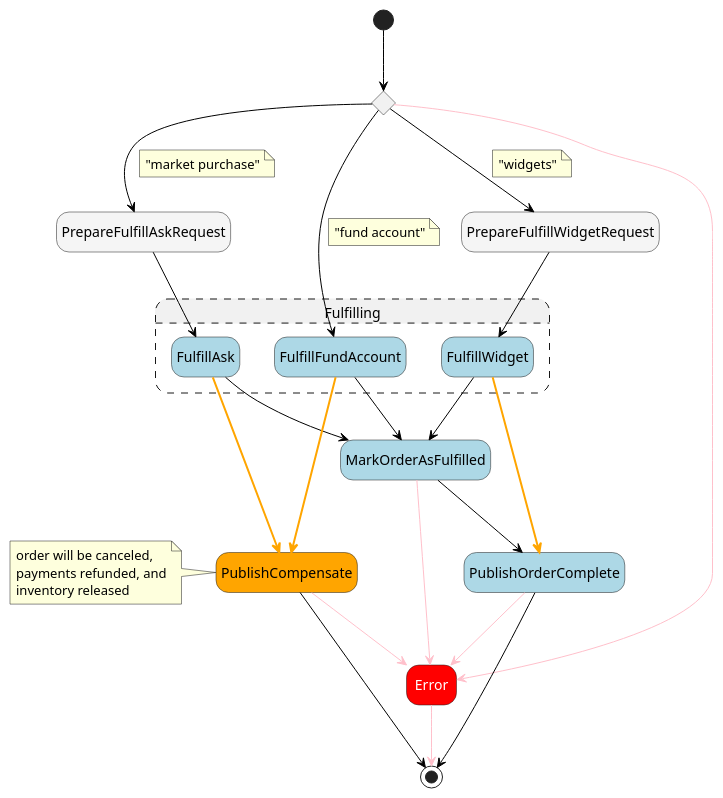
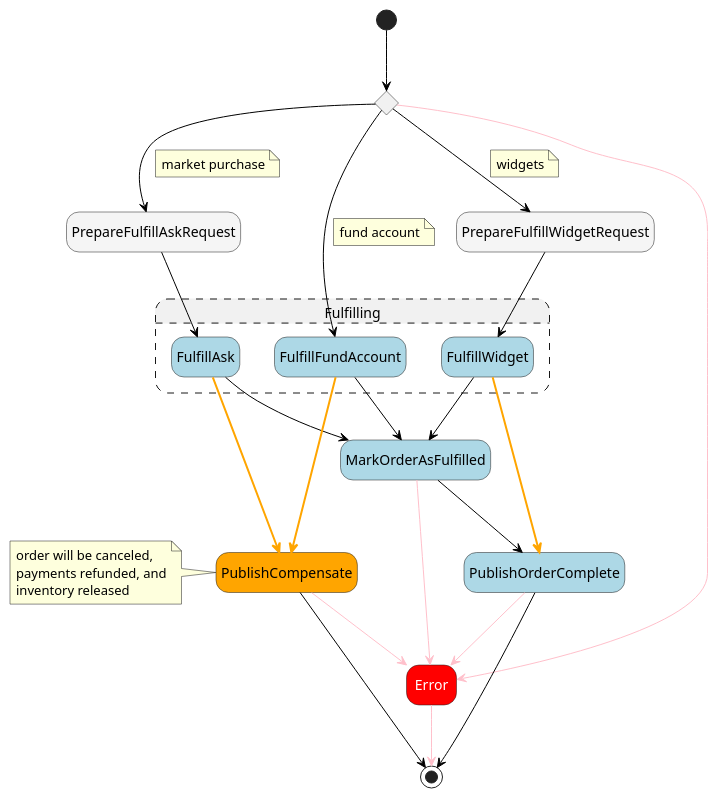
Before and after one commit to massfords/asl-puml: the diagram in src/__tests__/pumls/demo.asl.puml, drawn with PlantUML. The commit also changed 2 other files, not shown here.

```diff
--- a/src/__tests__/pumls/demo.asl.puml
+++ b/src/__tests__/pumls/demo.asl.puml
@@ -1,65 +1,65 @@
 @startuml
 hide empty description
 skinparam ArrowColor #black
 skinparam state {
 
     BackgroundColor<<Choice>> #whitesmoke
     FontColor<<Choice>> automatic
 
     BackgroundColor<<aslFail>> #red
     FontColor<<aslFail>> automatic
 
     BackgroundColor<<aslPass>> #whitesmoke
     FontColor<<aslPass>> automatic
 
     BackgroundColor<<aslTask>> #lightblue
     FontColor<<aslTask>> automatic
     BackgroundColor<<Compensate>> #orange
 }
 state "Fulfilling" as compositeState1 ##[dashed] {
 state "FulfillWidget" as state4<<aslTask>>
 state "FulfillAsk" as state5<<aslTask>>
 state "FulfillFundAccount" as state6<<aslTask>>
 }
 state "Dispatch by type of item" as state1<<Choice>>
 state "PrepareFulfillWidgetRequest" as state2<<aslPass>>
 state "PrepareFulfillAskRequest" as state3<<aslPass>>
 state "MarkOrderAsFulfilled" as state7<<aslTask>>
 state "Error" as state8<<aslFail>>
 state "PublishOrderComplete" as state9<<aslTask>>
 state "PublishCompensate" as state10<<Compensate>>
 note left
   order will be canceled,
   payments refunded, and
   inventory released
 end note
 [*] --> state1
 state1 --> state2
 note on link
-"widgets"
+widgets
 end note
 state1 --> state3
 note on link
-"market purchase"
+market purchase
 end note
 state1 --> state6
 note on link
-"fund account"
+fund account
 end note
 state1 -[#pink]-> state8
 state2 --> state4
 state3 --> state5
 state4 --> state7
 state4 -[bold,#orange]-> state9
 state5 --> state7
 state5 -[bold,#orange]-> state10
 state6 --> state7
 state6 -[bold,#orange]-> state10
 state7 --> state9
 state7 -[#pink]-> state8
 state8 -[#pink]-> [*]
 state9 --> [*]
 state9 -[#pink]-> state8
 state10 --> [*]
 state10 -[#pink]-> state8
 @enduml
```
